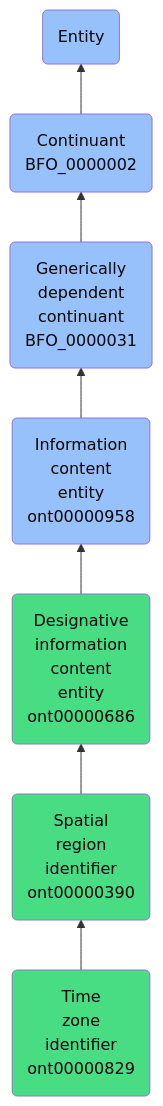
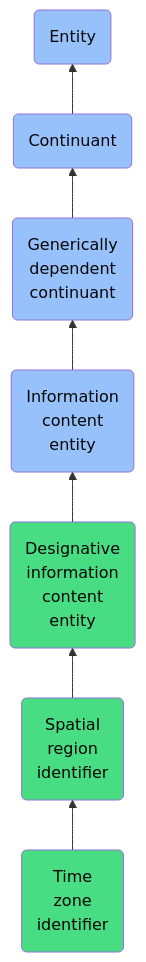
One commit to jupyter-naas/abi changed the diagram in docs/ontology/reference/model/Entity/Continuant/Generically dependent continuant/Information content entity/Designative information content entity/Spatial region identifier/Time zone identifier/Time zone identifier.md. Above: the diagram before and after it, drawn with Mermaid. The commit also changed other lines of this file and 1430 other files, not shown here.

````diff
--- a/docs/ontology/reference/model/Entity/Continuant/Generically dependent continuant/Information content entity/Designative information content entity/Spatial region identifier/Time zone identifier/Time zone identifier.md
+++ b/docs/ontology/reference/model/Entity/Continuant/Generically dependent continuant/Information content entity/Designative information content entity/Spatial region identifier/Time zone identifier/Time zone identifier.md
@@ -24,14 +24,14 @@
 ```mermaid
 graph BT
-    ont00000829(Time<br>zone<br>identifier<br>ont00000829):::ABI-->ont00000390
-    ont00000390(Spatial<br>region<br>identifier<br>ont00000390):::ABI-->ont00000686
-    ont00000686(Designative<br>information<br>content<br>entity<br>ont00000686):::ABI-->ont00000958
-    ont00000958(Information<br>content<br>entity<br>ont00000958):::BFO-->BFO_0000031
-    BFO_0000031(Generically<br>dependent<br>continuant<br>BFO_0000031):::BFO-->BFO_0000002
-    BFO_0000002(Continuant<br>BFO_0000002):::BFO-->BFO_0000001
+    ont00000829(Time<br>zone<br>identifier):::ABI-->ont00000390
+    ont00000390(Spatial<br>region<br>identifier):::ABI-->ont00000686
+    ont00000686(Designative<br>information<br>content<br>entity):::ABI-->ont00000958
+    ont00000958(Information<br>content<br>entity):::BFO-->BFO_0000031
+    BFO_0000031(Generically<br>dependent<br>continuant):::BFO-->BFO_0000002
+    BFO_0000002(Continuant):::BFO-->BFO_0000001
     BFO_0000001(Entity):::BFO
     
     classDef BFO fill:#97c1fb,color:#060606
     classDef CCO fill:#e4c51e,color:#060606
     classDef ABI fill:#48DD82,color:#060606
 ```
````
